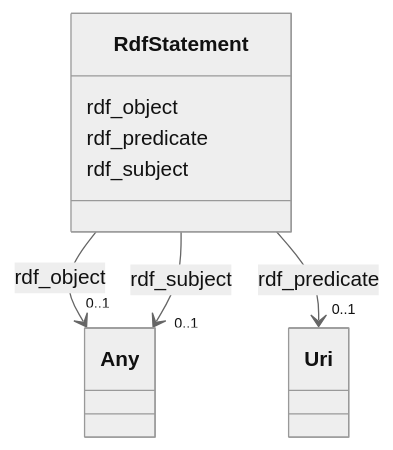
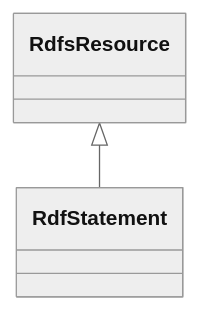
One commit to frink-okn/graph-descriptions changed the diagram in nasa-gesdisc/classes/RdfStatement.md. Above: the diagram before and after it, drawn with Mermaid (neutral theme). The commit also changed other lines of this file and 97 other files, not shown here.

````diff
--- a/nasa-gesdisc/classes/RdfStatement.md
+++ b/nasa-gesdisc/classes/RdfStatement.md
@@ -23,33 +23,9 @@
 ```mermaid
  classDiagram
     class RdfStatement
     click RdfStatement href "../RdfStatement"
-      RdfStatement : rdf_object
-        
-          
-    
-    
-    RdfStatement --> "0..1" Any : rdf_object
-    click Any href "../Any"
-
-        
-      RdfStatement : rdf_predicate
-        
-          
-    
-    
-    RdfStatement --> "0..1" Uri : rdf_predicate
-    click Uri href "../Uri"
-
-        
-      RdfStatement : rdf_subject
-        
-          
-    
-    
-    RdfStatement --> "0..1" Any : rdf_subject
-    click Any href "../Any"
-
-        
+      RdfsResource <|-- RdfStatement
+        click RdfsResource href "../RdfsResource"
+      
       
 ```
````
